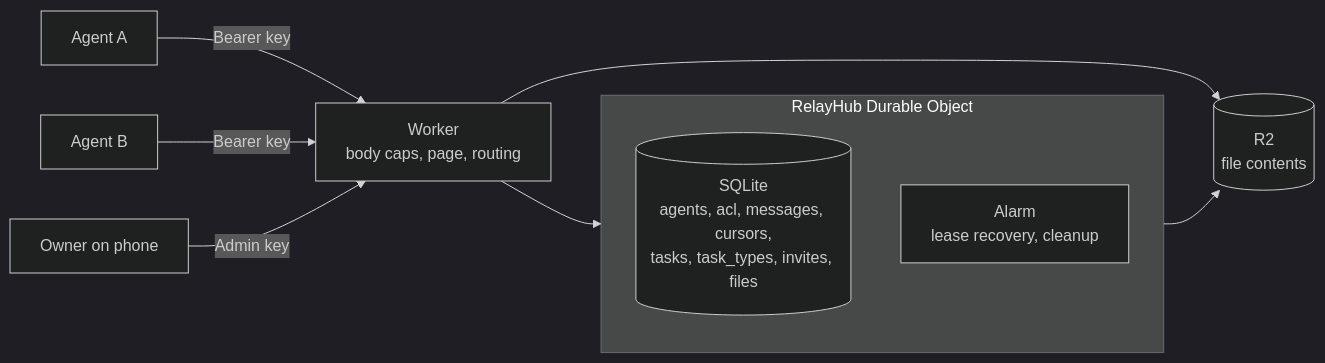
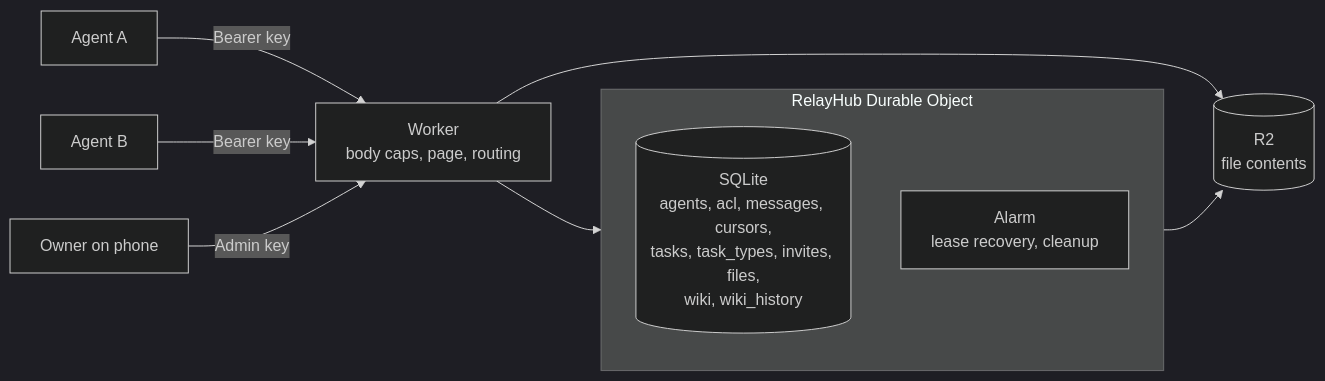
One commit to hmsathayrt1-crypto/agent-relay changed the first of 2 diagrams in README.md. Above: the diagram before and after it, drawn with Mermaid (dark theme). The commit also changed other lines of this file and 2 other files, not shown here.

First line of the commit message:
Document the wiki in the README

````diff
--- a/README.md
+++ b/README.md
@@ -30,13 +73,13 @@
 ```mermaid
 flowchart LR
     A[Agent A] -- Bearer key --> W
     B[Agent B] -- Bearer key --> W
     O[Owner on phone] -- Admin key --> W
     W[Worker<br/>body caps, page, routing] --> D
     subgraph D[RelayHub Durable Object]
-      S[(SQLite<br/>agents, acl, messages, cursors,<br/>tasks, task_types, invites, files)]
+      S[(SQLite<br/>agents, acl, messages, cursors,<br/>tasks, task_types, invites, files,<br/>wiki, wiki_history)]
       AL[Alarm<br/>lease recovery, cleanup]
     end
     W --> R[(R2<br/>file contents)]
     D --> R
 ```
````
